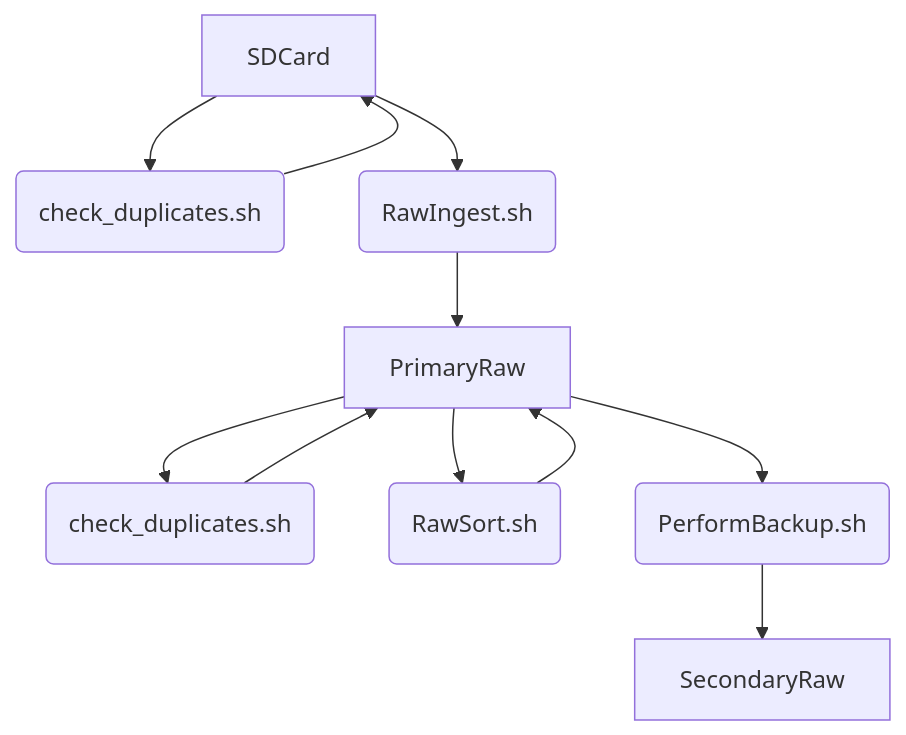
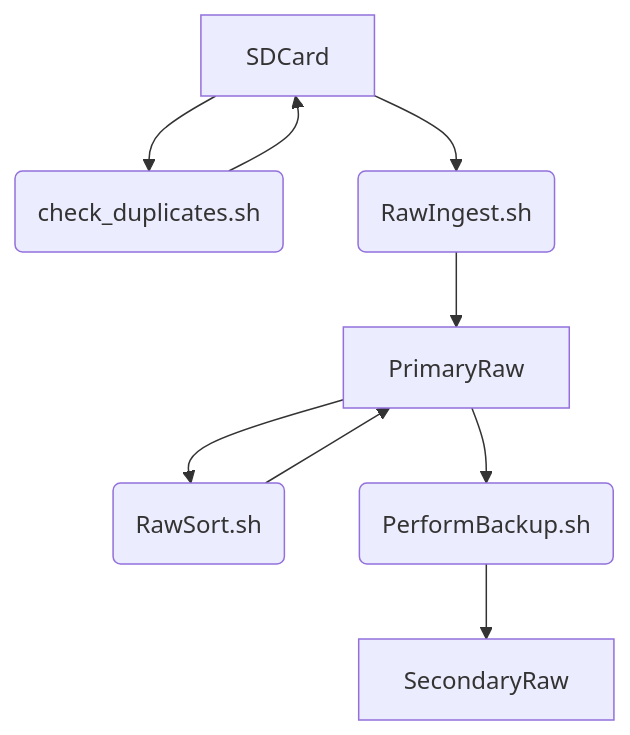
Before and after one commit to barry4356/dione: the first of 2 diagrams in README.md, drawn with Mermaid.

````diff
--- a/README.md
+++ b/README.md
@@ -19,13 +19,11 @@
 ``` mermaid
 graph TD;
     SDCard --> CD1(check_duplicates.sh);
     CD1(check_duplicates.sh) --> SDCard;
     SDCard --> RI(RawIngest.sh);
     RI(RawIngest.sh) --> PrimaryRaw;
-    PrimaryRaw --> CD2(check_duplicates.sh);
-    CD2(check_duplicates.sh) --> PrimaryRaw;
     PrimaryRaw --> RS(RawSort.sh);
     RS(RawSort.sh) --> PrimaryRaw;
     PrimaryRaw --> PB(PerformBackup.sh);
     PB(PerformBackup.sh) --> SecondaryRaw;
 ```
````
